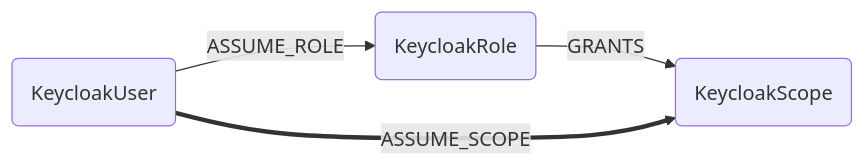
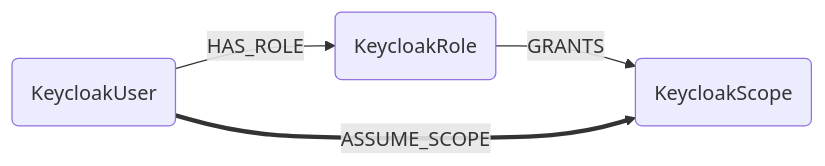
Before and after one commit to sec-js/cartography: the fourth of 5 diagrams in docs/root/modules/keycloak/analysis.md, drawn with Mermaid. The commit also changed other lines of this file and 14 other files, not shown here.

````diff
--- a/docs/root/modules/keycloak/analysis.md
+++ b/docs/root/modules/keycloak/analysis.md
@@ -90,6 +90,6 @@
 ```mermaid
 graph LR
-    U(KeycloakUser) -- ASSUME_ROLE --> R(KeycloakRole)
+    U(KeycloakUser) -- HAS_ROLE --> R(KeycloakRole)
     R -- GRANTS --> S(KeycloakScope)
     U == ASSUME_SCOPE ==> S
 ```
````
